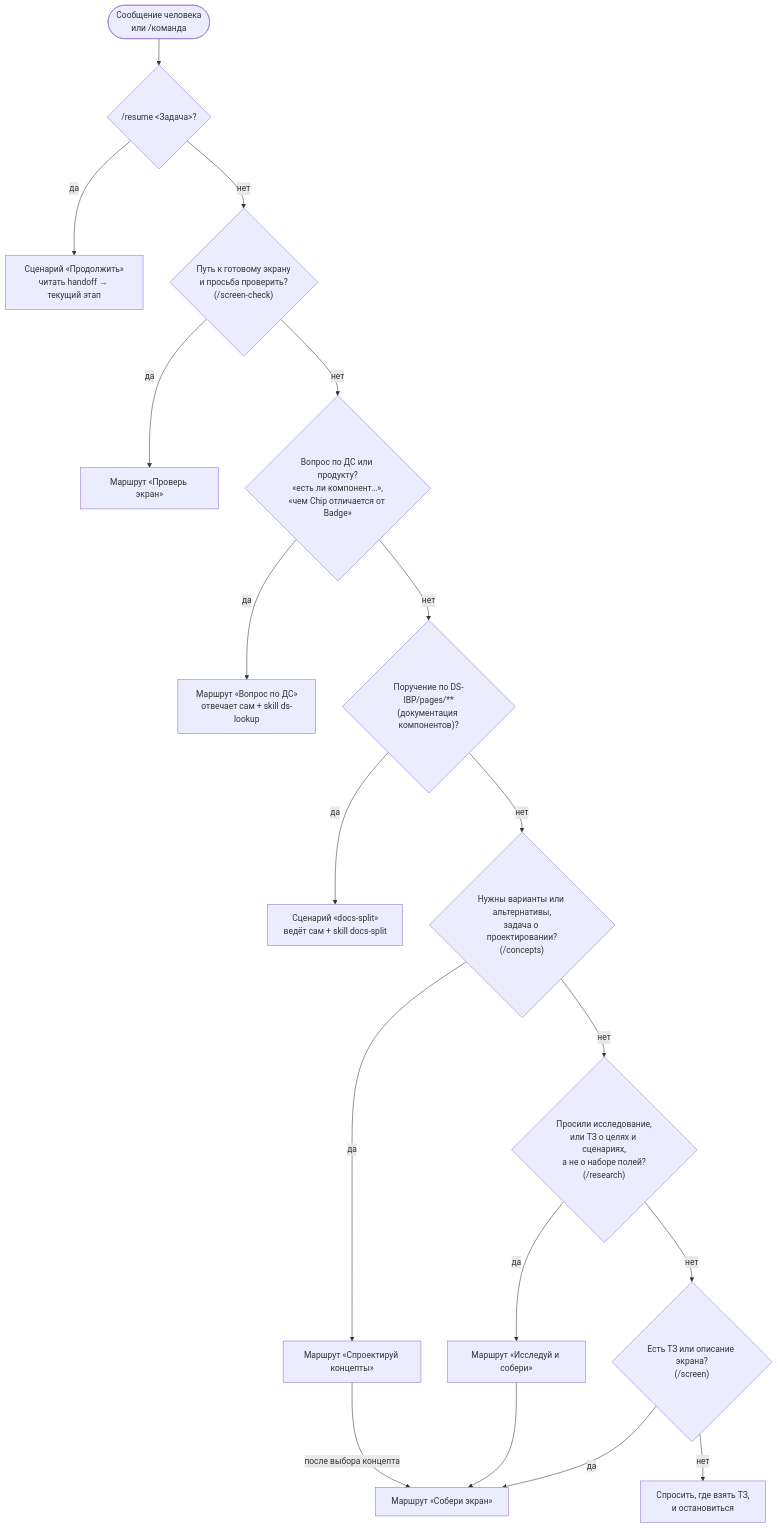
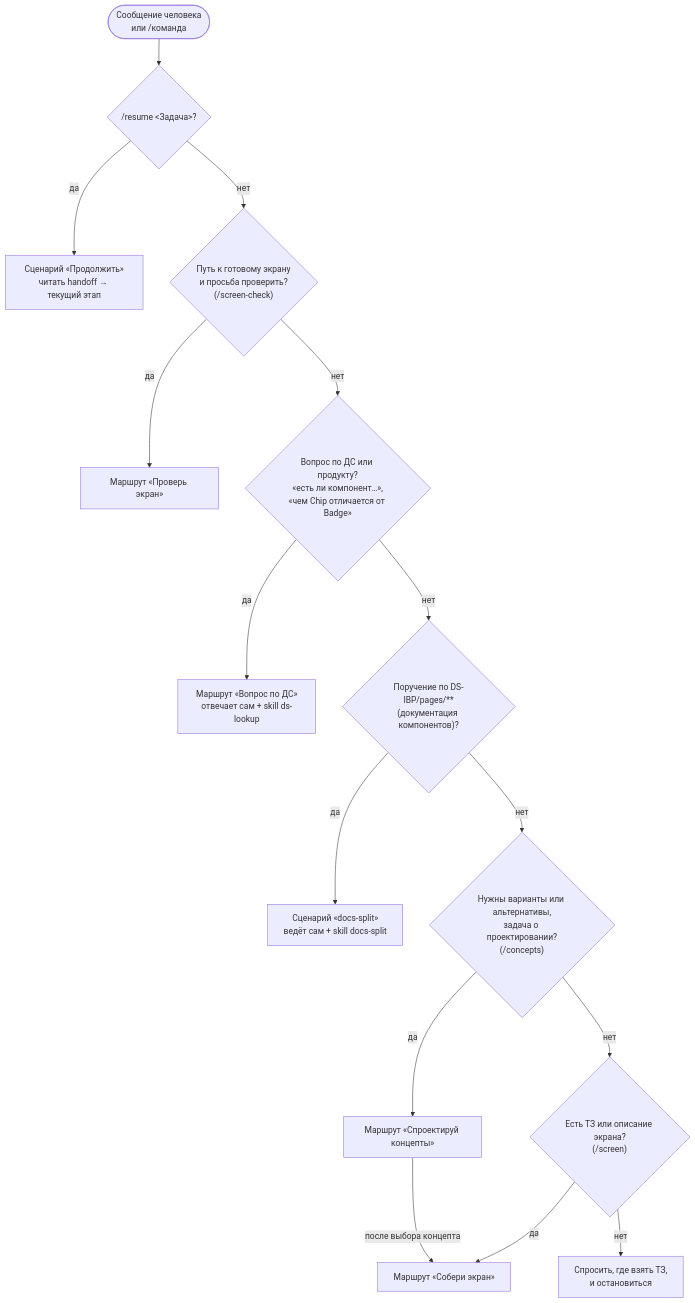
The second of 4 diagrams in docs/agent-ai-designer-working-process.md (sarosekml/ibp-design-project), drawn with Mermaid before and after one commit. The commit also changed other lines of this file and 5 other files, not shown here.

````diff
--- a/docs/agent-ai-designer-working-process.md
+++ b/docs/agent-ai-designer-working-process.md
@@ -164,21 +127,18 @@
 ```mermaid
 flowchart TD
     IN(["Сообщение человека<br/>или /команда"]) --> RESUME{"/resume &lt;Задача&gt;?"}
     RESUME -- да --> R_RES["Сценарий «Продолжить»<br/>читать handoff → текущий этап"]
     RESUME -- нет --> Q1{"Путь к готовому экрану<br/>и просьба проверить?<br/>(/screen-check)"}
     Q1 -- да --> R_CHECK["Маршрут «Проверь экран»"]
     Q1 -- нет --> Q2{"Вопрос по ДС или продукту?<br/>«есть ли компонент…»,<br/>«чем Chip отличается от Badge»"}
     Q2 -- да --> R_ASK["Маршрут «Вопрос по ДС»<br/>отвечает сам + skill ds-lookup"]
     Q2 -- нет --> Q3{"Поручение по DS-IBP/pages/**<br/>(документация компонентов)?"}
     Q3 -- да --> R_DOCS["Сценарий «docs-split»<br/>ведёт сам + skill docs-split"]
     Q3 -- нет --> Q4{"Нужны варианты или альтернативы,<br/>задача о проектировании?<br/>(/concepts)"}
     Q4 -- да --> R_CONC["Маршрут «Спроектируй концепты»"]
-    Q4 -- нет --> Q5{"Просили исследование,<br/>или ТЗ о целях и сценариях,<br/>а не о наборе полей?<br/>(/research)"}
-    Q5 -- да --> R_RES2["Маршрут «Исследуй и собери»"]
-    Q5 -- нет --> Q6{"Есть ТЗ или описание экрана?<br/>(/screen)"}
+    Q4 -- нет --> Q6{"Есть ТЗ или описание экрана?<br/>(/screen)"}
     Q6 -- да --> R_BUILD["Маршрут «Собери экран»"]
     Q6 -- нет --> ASK["Спросить, где взять ТЗ,<br/>и остановиться"]
 
-    R_RES2 --> R_BUILD
     R_CONC -- "после выбора концепта" --> R_BUILD
 ```
````
